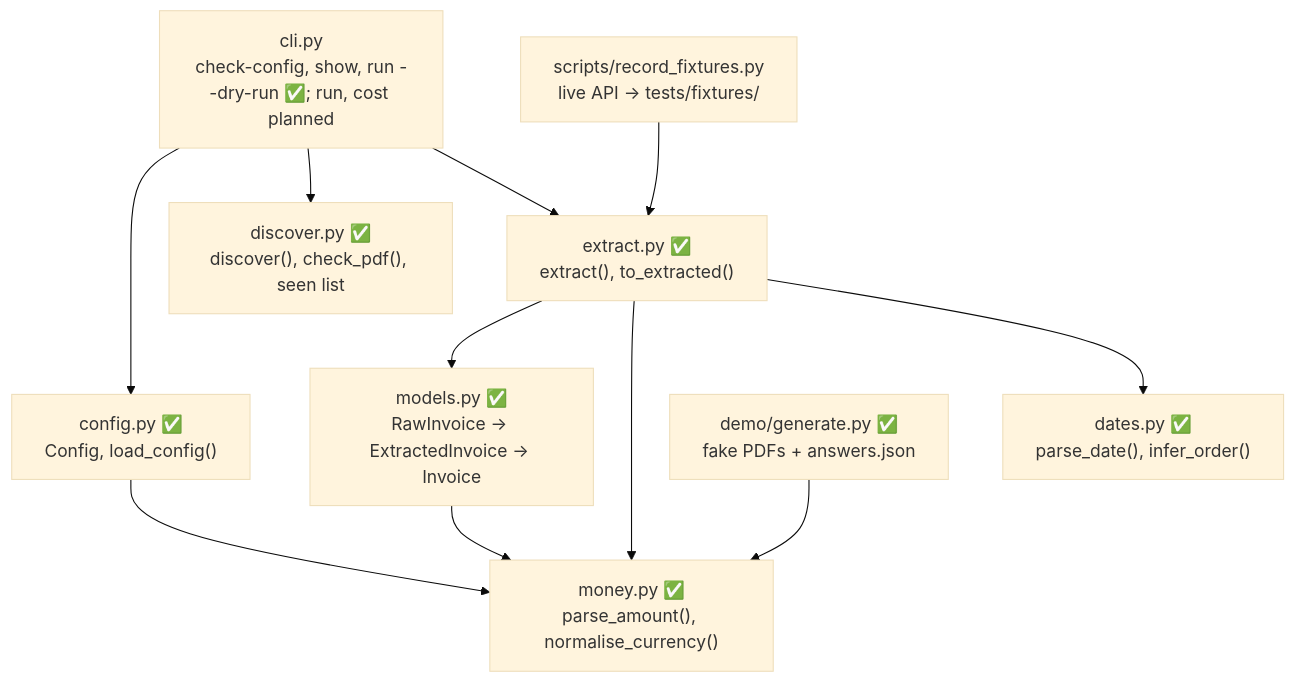
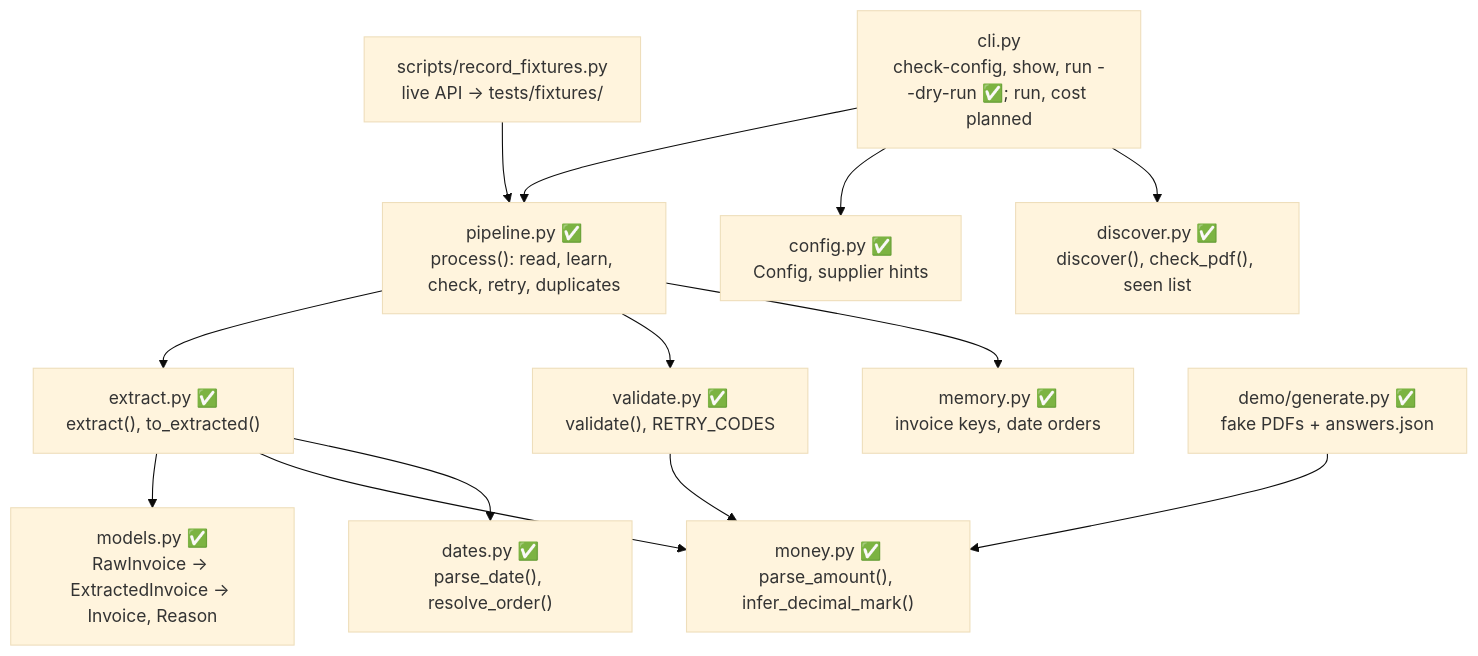
Before and after one commit to yahani/ibis: the second of 4 diagrams in ARCHITECTURE.md, drawn with Mermaid (base theme). The commit also changed other lines of this file and 2 other files, not shown here.

Commit message:
PROGRESS.md and ARCHITECTURE.md for session 3

````diff
--- a/ARCHITECTURE.md
+++ b/ARCHITECTURE.md
@@ -38,13 +38,15 @@
 ```mermaid
 flowchart TD
-    cli["cli.py<br/>check-config, show, run --dry-run ✅; run, cost planned"] --> config["config.py ✅<br/>Config, load_config()"]
+    cli["cli.py<br/>check-config, show, run --dry-run ✅; run, cost planned"] --> pipeline["pipeline.py ✅<br/>process(): read, learn, check, retry, duplicates"]
+    cli --> config["config.py ✅<br/>Config, supplier hints"]
     cli --> discover["discover.py ✅<br/>discover(), check_pdf(), seen list"]
-    cli --> extract["extract.py ✅<br/>extract(), to_extracted()"]
-    extract --> models["models.py ✅<br/>RawInvoice → ExtractedInvoice → Invoice"]
-    extract --> money["money.py ✅<br/>parse_amount(), normalise_currency()"]
-    extract --> dates["dates.py ✅<br/>parse_date(), infer_order()"]
-    config --> money
-    models --> money
+    pipeline --> extract["extract.py ✅<br/>extract(), to_extracted()"]
+    pipeline --> validate["validate.py ✅<br/>validate(), RETRY_CODES"]
+    pipeline --> memory["memory.py ✅<br/>invoice keys, date orders"]
+    extract --> models["models.py ✅<br/>RawInvoice → ExtractedInvoice → Invoice, Reason"]
+    extract --> money["money.py ✅<br/>parse_amount(), infer_decimal_mark()"]
+    extract --> dates["dates.py ✅<br/>parse_date(), resolve_order()"]
+    validate --> money
     gen["demo/generate.py ✅<br/>fake PDFs + answers.json"] --> money
-    record["scripts/record_fixtures.py<br/>live API → tests/fixtures/"] --> extract
+    record["scripts/record_fixtures.py<br/>live API → tests/fixtures/"] --> pipeline
 ```
````
